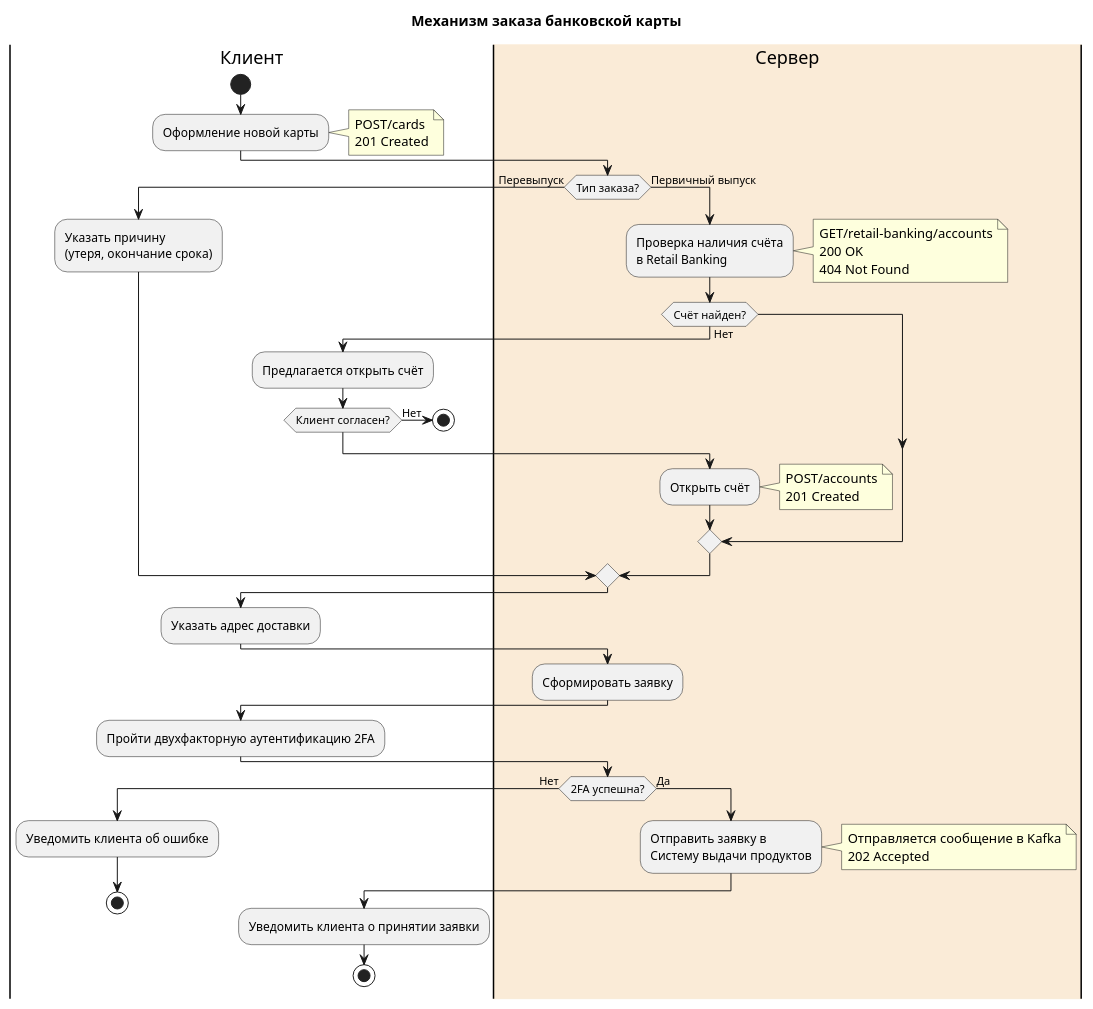
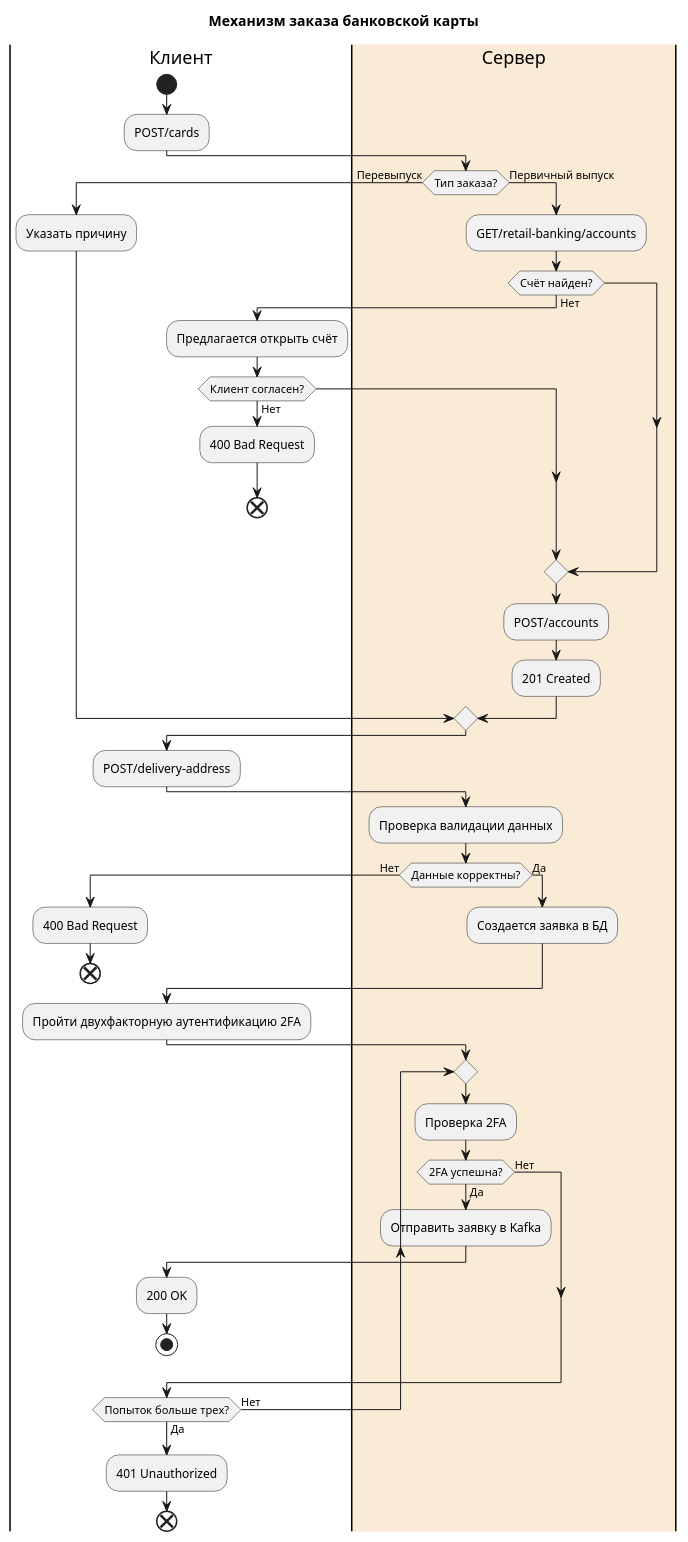
One commit to GimatutdinovaL/srs changed the diagram in AD.puml. Above: the diagram before and after it, drawn with PlantUML.

```diff
--- a/AD.puml
+++ b/AD.puml
@@ -1,80 +1,67 @@
 @startuml
 title Механизм заказа банковской карты
 
 |Клиент|
 start
-:Оформление новой карты;
-
-note right  
-POST/cards
-201 Created
-end note  
-
+:POST/cards;
 
 |#AntiqueWhite|Сервер|
 if (Тип заказа?) then (Перевыпуск)
-  |Клиент|
-  :Указать причину\n(утеря, окончание срока);
+|Клиент|
+:Указать причину;
 else (Первичный выпуск)
-  |#AntiqueWhite|Сервер|
-  :Проверка наличия счёта\nв Retail Banking;
+|#AntiqueWhite|Сервер|
+:GET/retail-banking/accounts;
   
-note right  
-GET/retail-banking/accounts
-200 OK
-404 Not Found
-end note    
-  
-  if (Счёт найден?) then (Нет)
-    |Клиент|
-    :Предлагается открыть счёт;
-    if (Клиент согласен?) then (Нет)
-      stop
-    endif
-    |#AntiqueWhite|Сервер|
-    :Открыть счёт;
-    
-note right  
-POST/accounts
-201 Created
-end note    
+ if (Счёт найден?) then (Нет)
+ |Клиент|
+ :Предлагается открыть счёт;
+  if (Клиент согласен?) then (Нет)
+  :400 Bad Request;  
+  end
+  endif
+ endif
+|#AntiqueWhite|Сервер|
+:POST/accounts;
+:201 Created;
 
-  endif
 endif
 
 |Клиент|
-:Указать адрес доставки;
+:POST/delivery-address;
 
 |#AntiqueWhite|Сервер|
-:Сформировать заявку;
+:Проверка валидации данных;
+if (Данные корректны?) then (Нет)
+|Клиент|
+:400 Bad Request;
+end
+
+else (Да)
+|#AntiqueWhite|Сервер|
+:Создается заявка в БД;
+endif
 
 |Клиент|
 :Пройти двухфакторную аутентификацию 2FA;
 
 |#AntiqueWhite|Сервер|
+
+repeat
+
+:Проверка 2FA;
 if (2FA успешна?) then (Нет)
-
-  
-
-
-  |Клиент|
-  :Уведомить клиента об ошибке;
- 
-
-  stop
 else (Да)
-  |#AntiqueWhite|Сервер|
-  :Отправить заявку в\nСистему выдачи продуктов;
-  
-  note right  
-  Отправляется сообщение в Kafka
-  202 Accepted
-  end note 
-  
-  |Клиент|
-  :Уведомить клиента о принятии заявки;
-  
-  stop
+:Отправить заявку в Kafka;
+|Клиент|
+:200 OK;
+stop
 endif
 
+repeat while (Попыток больше трех?) is (Нет)not (Да)
+
+|Клиент|
+:401 Unauthorized;
+end
+
 @enduml
```
